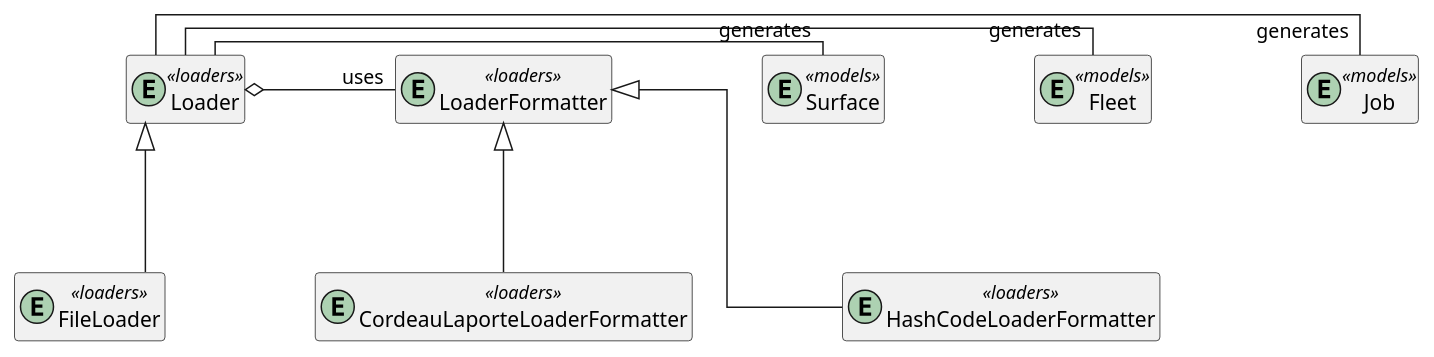
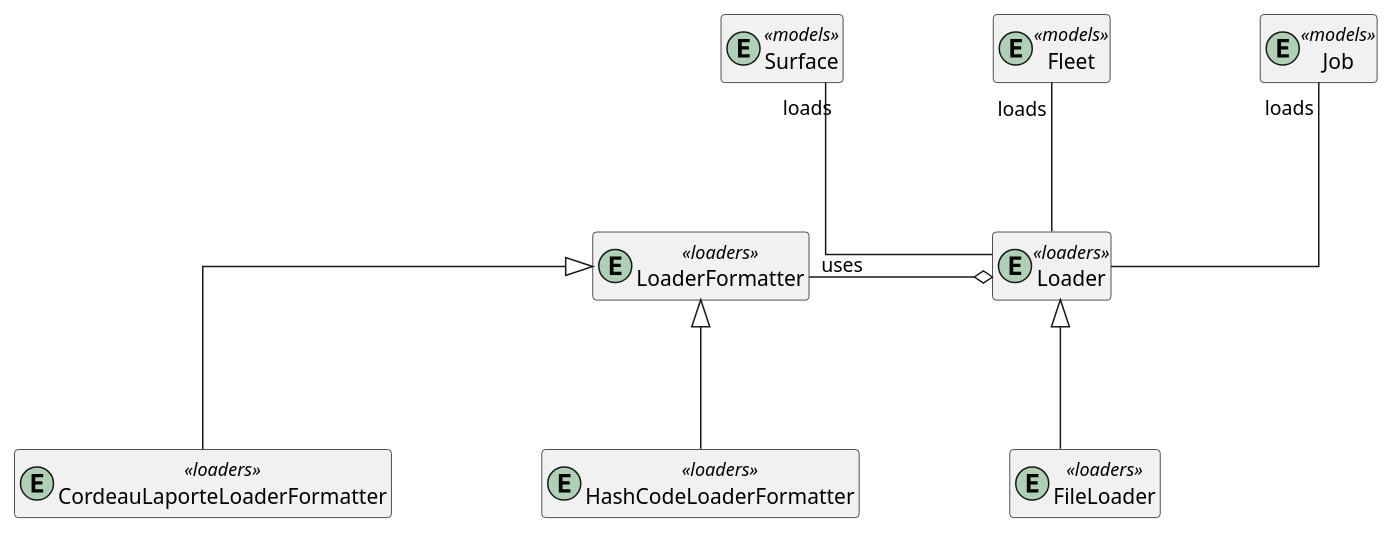
Before and after one commit to garciparedes/jinete: the diagram in docs/source/_static/loaders.puml, drawn with PlantUML. The commit also changed 1 other file, not shown here.

Commit message:
ISSUE #101 * Included "storers" diagram. * Minor improvement.

```diff
--- a/docs/source/_static/loaders.puml
+++ b/docs/source/_static/loaders.puml
@@ -1,41 +1,41 @@
 @startuml
 skinparam linetype ortho
 skinparam nodesep 100
 skinparam ranksep 100
 
 hide empty methods
 hide empty attributes
 
 entity Job <<models>>
 entity Fleet <<models>>
 entity Surface <<models>>
 
 entity Loader <<loaders>> {
 }
 
 entity FileLoader <<loaders>> {
 }
 
 entity LoaderFormatter <<loaders>> {
 }
 
 entity CordeauLaporteLoaderFormatter <<loaders>> {
 }
 
 entity HashCodeLoaderFormatter <<loaders>> {
 }
 
 
-Loader -right-"generates" Job
-Loader -right-"generates" Fleet
-Loader -right-"generates" Surface
+Loader -up-"loads" Job
+Loader -up-"loads" Fleet
+Loader -up-"loads" Surface
 
-LoaderFormatter "uses"-left-o Loader
+LoaderFormatter "uses"-right-o Loader
 
 Loader <|-down- FileLoader
 
 LoaderFormatter <|-down- CordeauLaporteLoaderFormatter
 LoaderFormatter <|-down- HashCodeLoaderFormatter
 
 
 @enduml
```
